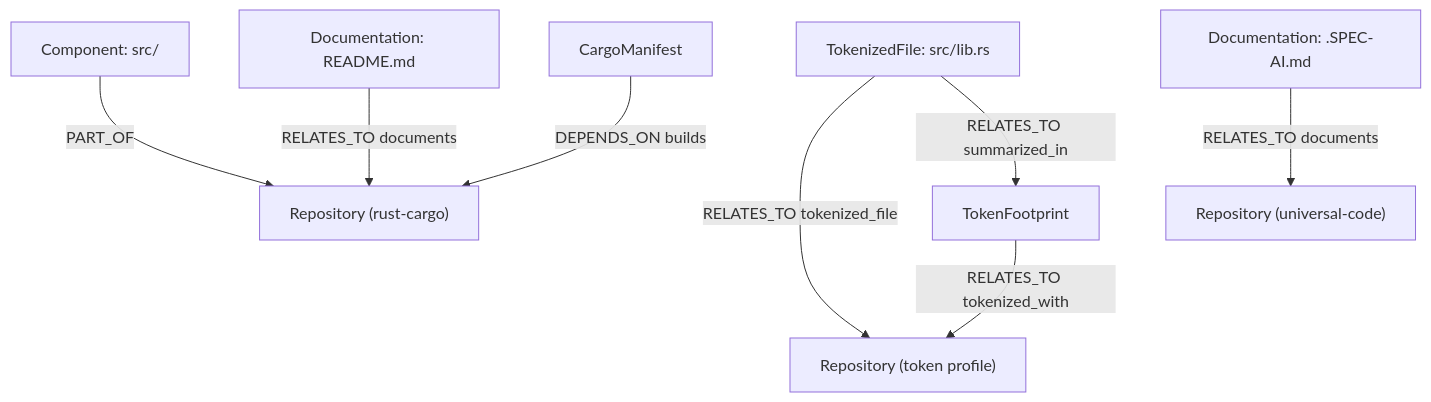
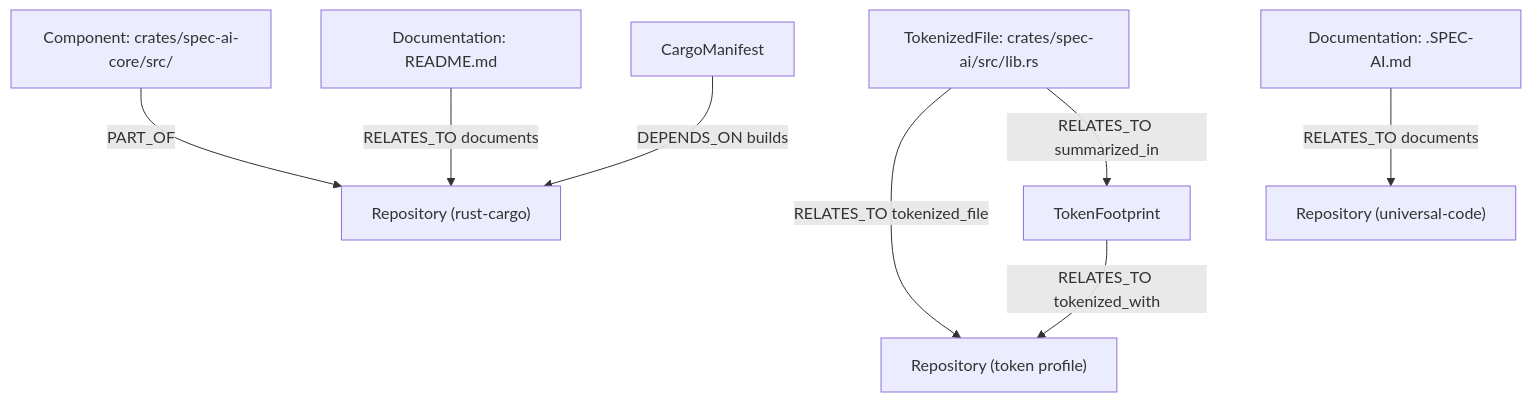
The third of 3 diagrams in docs/SELF-INIT.md (geoffsee/spec-ai), drawn with Mermaid before and after one commit. The commit also changed 115 other files, not shown here.

````diff
--- a/docs/SELF-INIT.md
+++ b/docs/SELF-INIT.md
@@ -63,24 +63,24 @@
 ```mermaid
 graph TD
   repo["Repository (rust-cargo)"]
-  comp["Component: src/"]
+  comp["Component: crates/spec-ai-core/src/"]
   doc["Documentation: README.md"]
   manifest["CargoManifest"]
 
   tokens_repo["Repository (token profile)"]
   footprint["TokenFootprint"]
-  token_file["TokenizedFile: src/lib.rs"]
+  token_file["TokenizedFile: crates/spec-ai/src/lib.rs"]
 
   uc_repo["Repository (universal-code)"]
   uc_doc["Documentation: .SPEC-AI.md"]
 
   comp -->|PART_OF| repo
   doc -->|RELATES_TO documents| repo
   manifest -->|DEPENDS_ON builds| repo
 
   footprint -->|RELATES_TO tokenized_with| tokens_repo
   token_file -->|RELATES_TO tokenized_file| tokens_repo
   token_file -->|RELATES_TO summarized_in| footprint
 
   uc_doc -->|RELATES_TO documents| uc_repo
 ```
````
